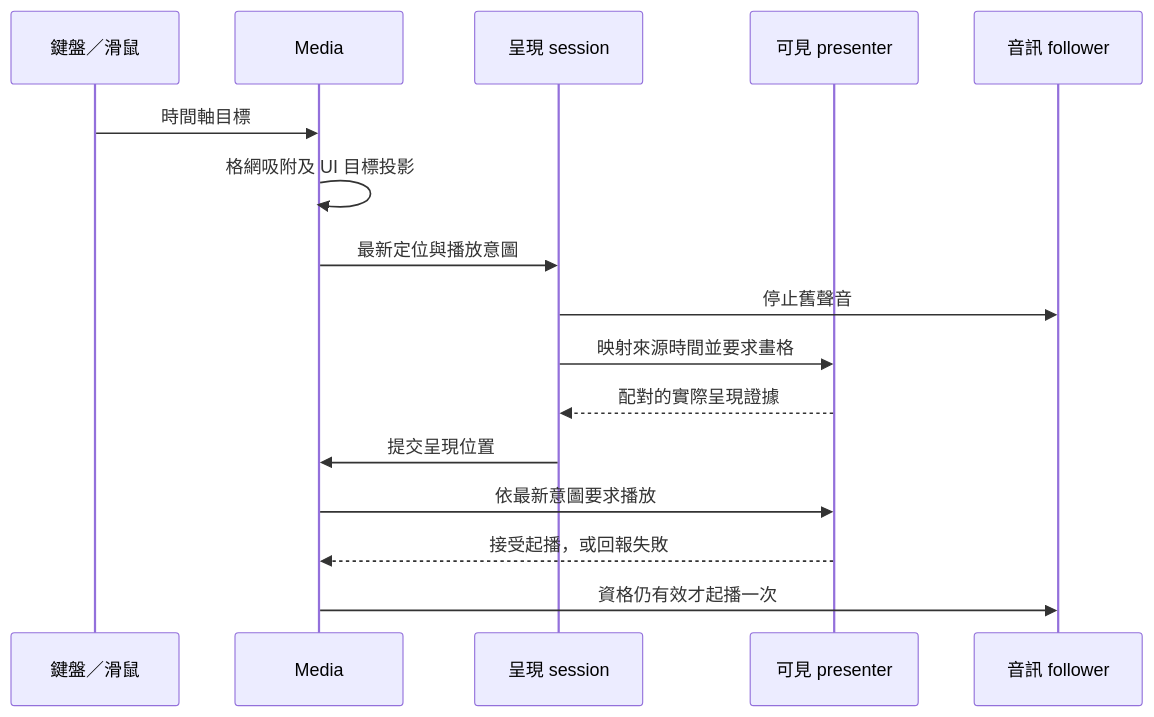
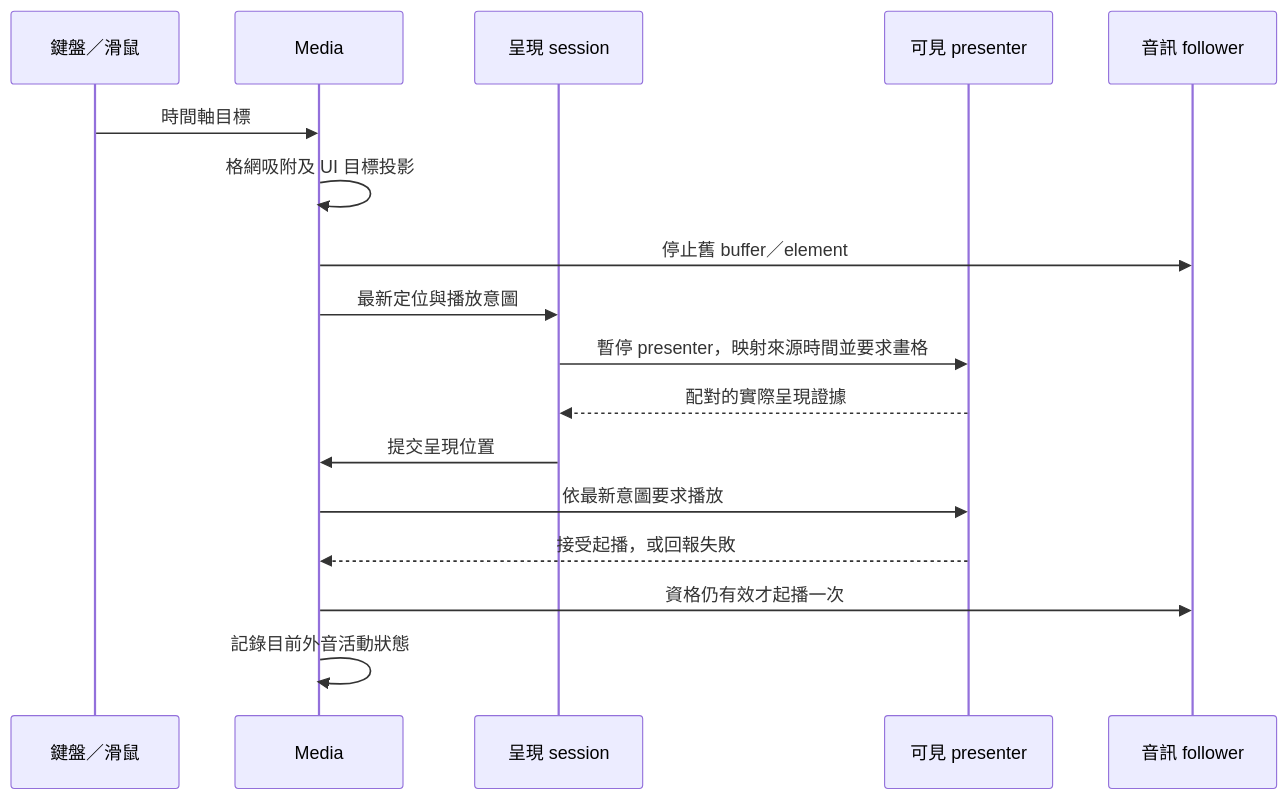
The diagram in docs/FPS_時碼一致性.md (evanwayc-star/SUB_Tool), drawn with Mermaid before and after one commit. The commit also changed other lines of this file and 199 other files, not shown here.

````diff
--- a/docs/FPS_時碼一致性.md
+++ b/docs/FPS_時碼一致性.md
@@ -152,18 +154,19 @@
 ```mermaid
 sequenceDiagram
   participant I as 鍵盤／滑鼠
   participant M as Media
   participant S as 呈現 session
   participant P as 可見 presenter
   participant A as 音訊 follower
   I->>M: 時間軸目標
   M->>M: 格網吸附及 UI 目標投影
+  M->>A: 停止舊 buffer／element
   M->>S: 最新定位與播放意圖
-  S->>A: 停止舊聲音
-  S->>P: 映射來源時間並要求畫格
+  S->>P: 暫停 presenter，映射來源時間並要求畫格
   P-->>S: 配對的實際呈現證據
   S->>M: 提交呈現位置
   M->>P: 依最新意圖要求播放
   P-->>M: 接受起播，或回報失敗
   M->>A: 資格仍有效才起播一次
+  M->>M: 記錄目前外音活動狀態
 ```
````
